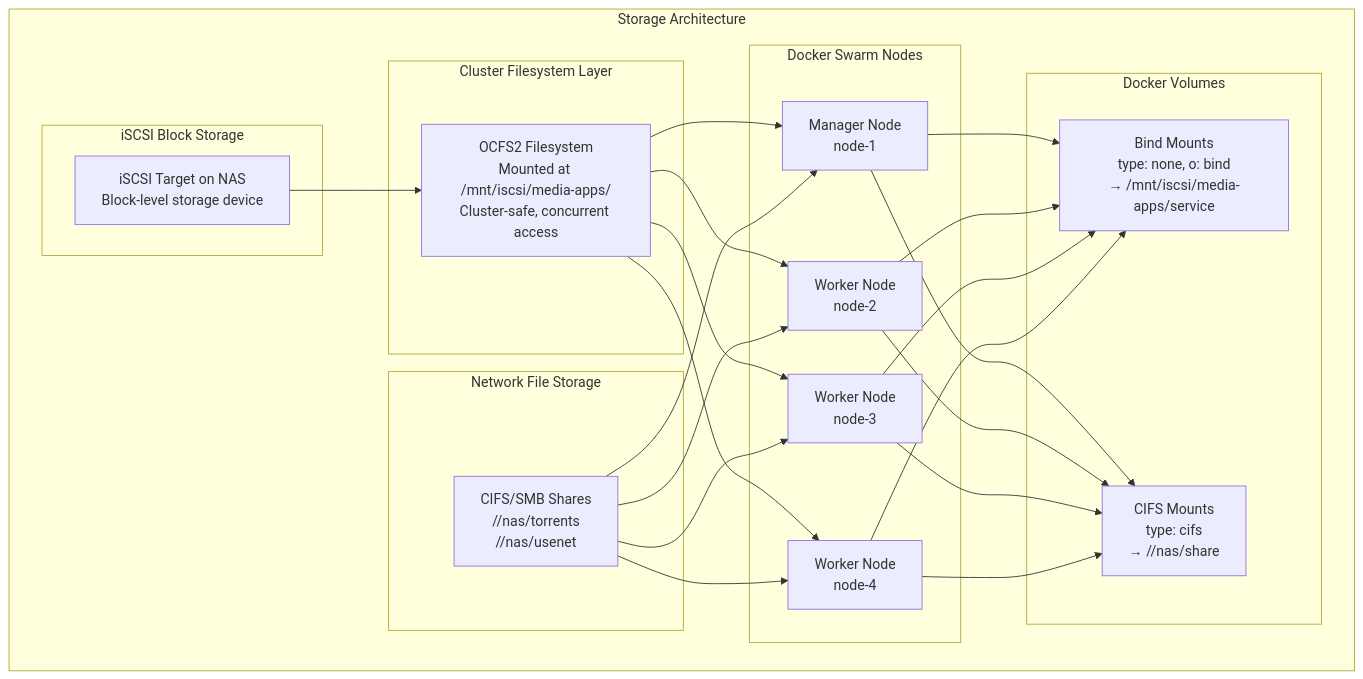
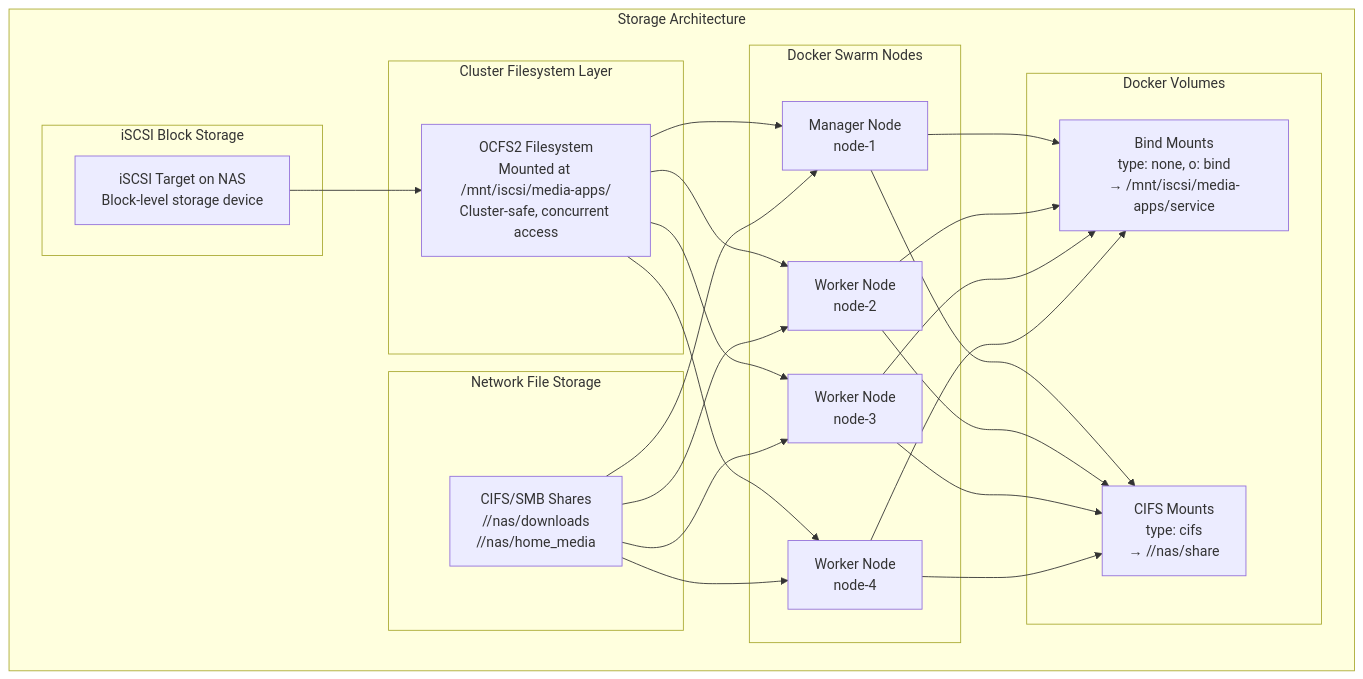
The diagram in docs/architecture/storage.md (chutch3/homelab), drawn with Mermaid before and after one commit. The commit also changed other lines of this file and 13 other files, not shown here.

Commit message:
refactor: consolidate media shares into downloads and home_media

````diff
--- a/docs/architecture/storage.md
+++ b/docs/architecture/storage.md
@@ -18,48 +18,48 @@
 ```mermaid
 graph TB
     subgraph "Storage Architecture"
         subgraph "iSCSI Block Storage"
             ISCSI[iSCSI Target on NAS<br/>Block-level storage device]
         end
 
         subgraph "Cluster Filesystem Layer"
             OCFS2[OCFS2 Filesystem<br/>Mounted at /mnt/iscsi/media-apps/<br/>Cluster-safe, concurrent access]
         end
 
         subgraph "Network File Storage"
-            CIFS[CIFS/SMB Shares<br/>//nas/torrents<br/>//nas/usenet]
+            CIFS[CIFS/SMB Shares<br/>//nas/downloads<br/>//nas/home_media]
         end
 
         subgraph "Docker Swarm Nodes"
             NODE1[Manager Node<br/>node-1]
             NODE2[Worker Node<br/>node-2]
             NODE3[Worker Node<br/>node-3]
             NODE4[Worker Node<br/>node-4]
         end
 
         subgraph "Docker Volumes"
             BIND[Bind Mounts<br/>type: none, o: bind<br/>→ /mnt/iscsi/media-apps/service]
             CIFSV[CIFS Mounts<br/>type: cifs<br/>→ //nas/share]
         end
 
         ISCSI --> OCFS2
         OCFS2 --> NODE1
         OCFS2 --> NODE2
         OCFS2 --> NODE3
         OCFS2 --> NODE4
 
         CIFS --> NODE1
         CIFS --> NODE2
         CIFS --> NODE3
         CIFS --> NODE4
 
         NODE1 --> BIND
         NODE1 --> CIFSV
         NODE2 --> BIND
         NODE2 --> CIFSV
         NODE3 --> BIND
         NODE3 --> CIFSV
         NODE4 --> BIND
         NODE4 --> CIFSV
     end
 ```
````
